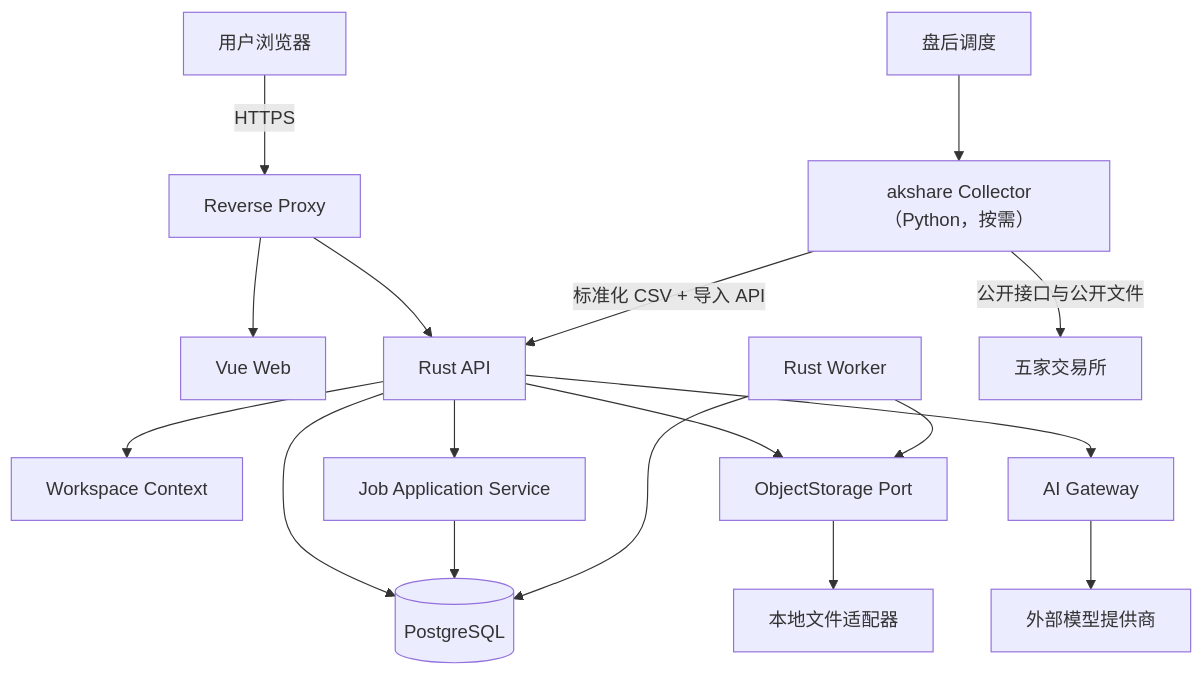
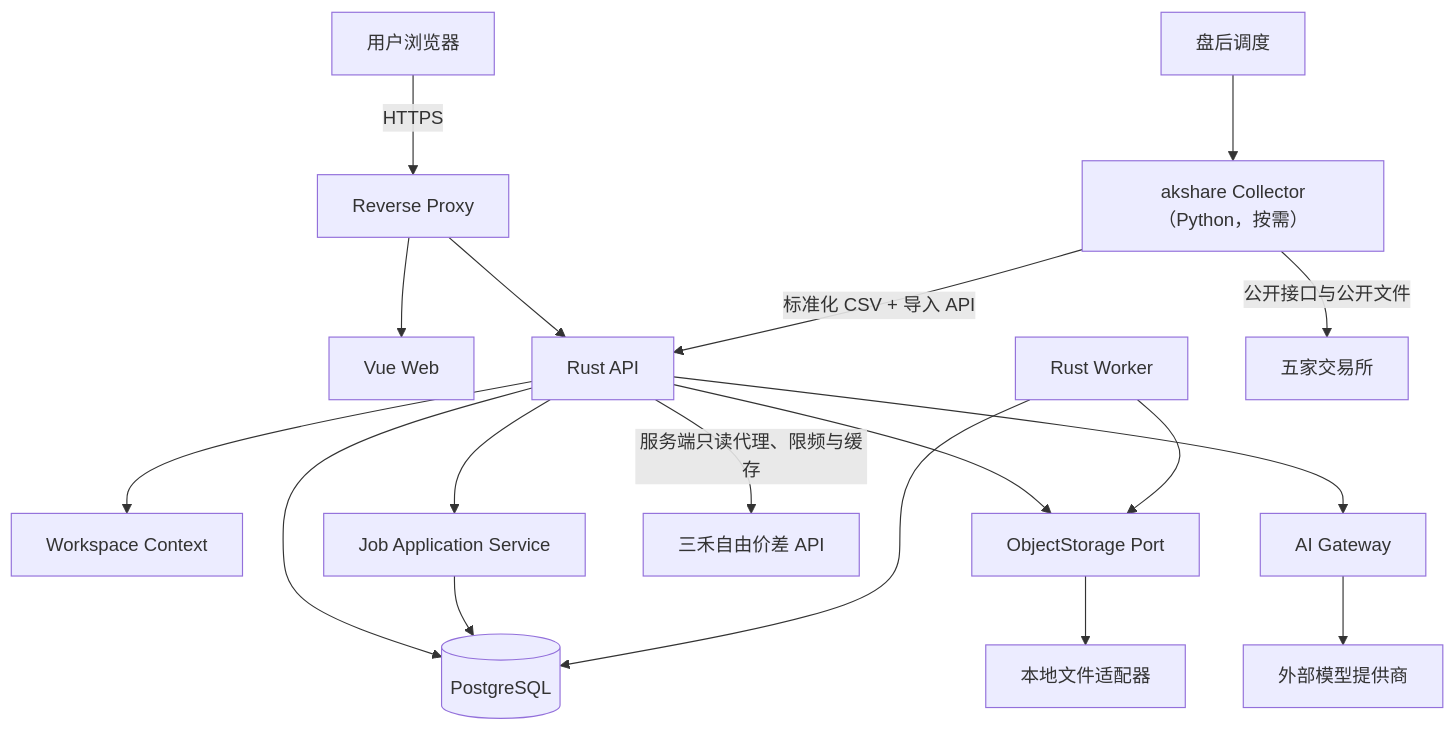
The first of 3 diagrams in docs/ARCHITECTURE.md (junjuntian/Futures-analysis-website), drawn with Mermaid before and after one commit. The commit also changed other lines of this file and 10 other files, not shown here.

````diff
--- a/docs/ARCHITECTURE.md
+++ b/docs/ARCHITECTURE.md
@@ -19,19 +20,20 @@
 ```mermaid
 flowchart TB
     U["用户浏览器"] -->|HTTPS| RP["Reverse Proxy"]
     RP --> FE["Vue Web"]
     RP --> API["Rust API"]
     API --> WC["Workspace Context"]
     API --> DB[("PostgreSQL")]
     API --> FS["ObjectStorage Port"]
     API --> JQ["Job Application Service"]
     JQ --> DB
     WK["Rust Worker"] --> DB
     WK --> FS
     SCH["盘后调度"] --> COL["akshare Collector（Python，按需）"]
     COL -->|公开接口与公开文件| EX["五家交易所"]
     COL -->|标准化 CSV + 导入 API| API
+    API -->|服务端只读代理、限频与缓存| SANHE["三禾自由价差 API"]
     API --> AIG["AI Gateway"]
     AIG --> LLM["外部模型提供商"]
     FS --> LOCAL["本地文件适配器"]
 ```
````
